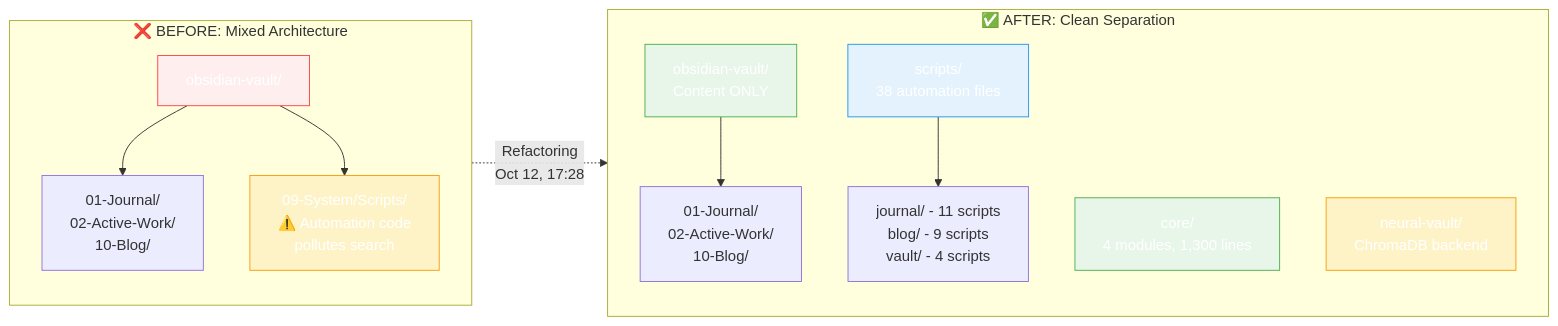
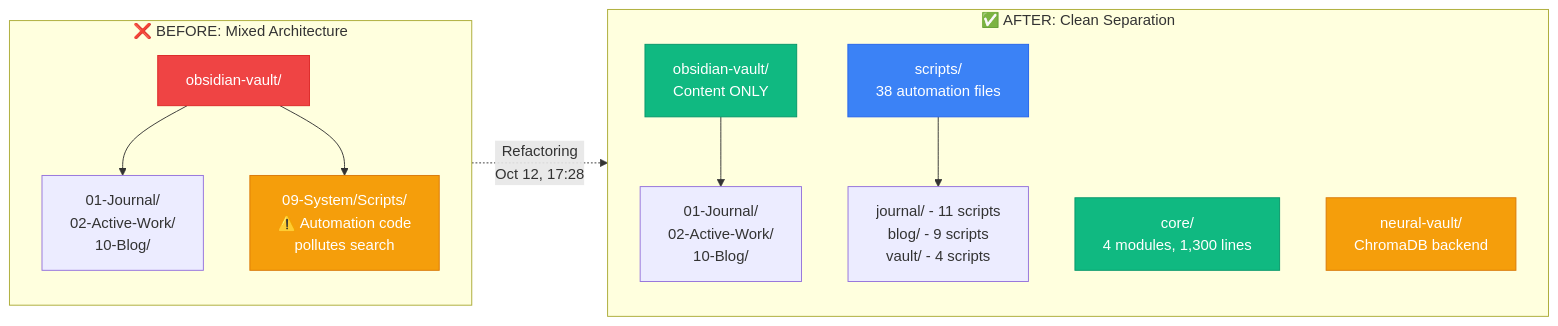
One commit to rduffyuk/blog-astro changed the fourth of 6 diagrams in src/data/blog/season-2-episode-4-three-systems-parallel-testing.md. Above: the diagram before and after it, drawn with Mermaid. The commit also changed other lines of this file, not shown here.

````diff
--- a/src/data/blog/season-2-episode-4-three-systems-parallel-testing.md
+++ b/src/data/blog/season-2-episode-4-three-systems-parallel-testing.md
@@ -517,30 +517,30 @@
 ```mermaid
 graph LR
     subgraph Before["❌ BEFORE: Mixed Architecture"]
         direction TB
         V1[obsidian-vault/]
         V1 --> Content1[01-Journal/<br/>02-Active-Work/<br/>10-Blog/]
         V1 --> Code1[09-System/Scripts/<br/>⚠️ Automation code<br/>pollutes search]
 
-        style V1 fill:#fee,stroke:#f44,color:#fff
-        style Code1 fill:#fef3c7,stroke:#f59e0b,color:#fff
+        style V1 fill:#ef4444,stroke:#dc2626,color:#fff
+        style Code1 fill:#f59e0b,stroke:#d97706,color:#fff
     end
 
     subgraph After["✅ AFTER: Clean Separation"]
         direction TB
         V2[obsidian-vault/<br/>Content ONLY]
         Scripts[scripts/<br/>38 automation files]
         Core[core/<br/>4 modules, 1,300 lines]
         Neural[neural-vault/<br/>ChromaDB backend]
 
         V2 --> Content2[01-Journal/<br/>02-Active-Work/<br/>10-Blog/]
         Scripts --> Journal[journal/ - 11 scripts<br/>blog/ - 9 scripts<br/>vault/ - 4 scripts]
 
-        style V2 fill:#e8f5e9,stroke:#4caf50,color:#fff
-        style Scripts fill:#e3f2fd,stroke:#2196f3,color:#fff
-        style Core fill:#e8f5e9,stroke:#4caf50,color:#fff
-        style Neural fill:#fef3c7,stroke:#f59e0b,color:#fff
+        style V2 fill:#10b981,stroke:#059669,color:#fff
+        style Scripts fill:#3b82f6,stroke:#2563eb,color:#fff
+        style Core fill:#10b981,stroke:#059669,color:#fff
+        style Neural fill:#f59e0b,stroke:#d97706,color:#fff
     end
 
     Before -.->|Refactoring<br/>Oct 12, 17:28| After
 ```
````
